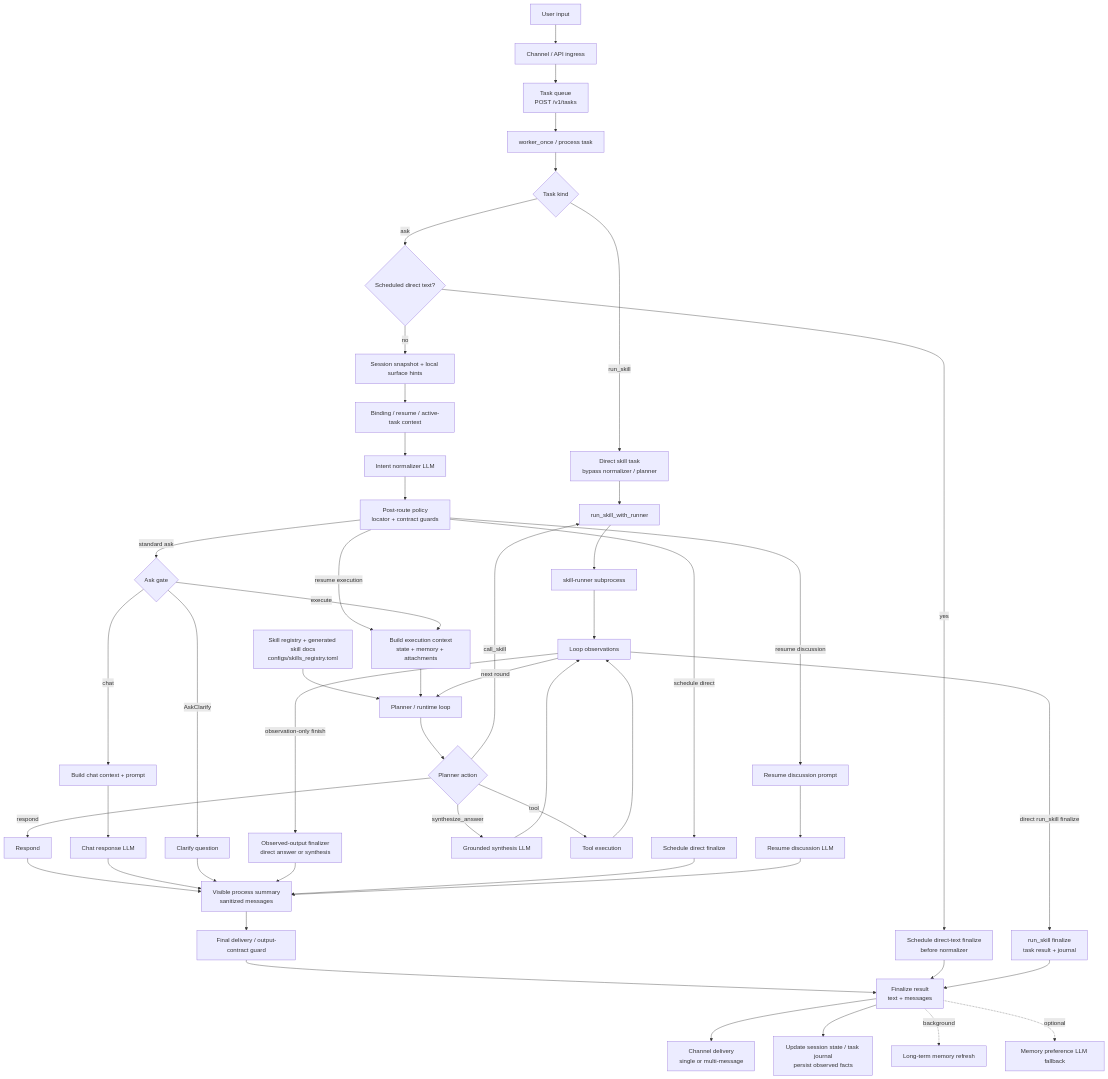
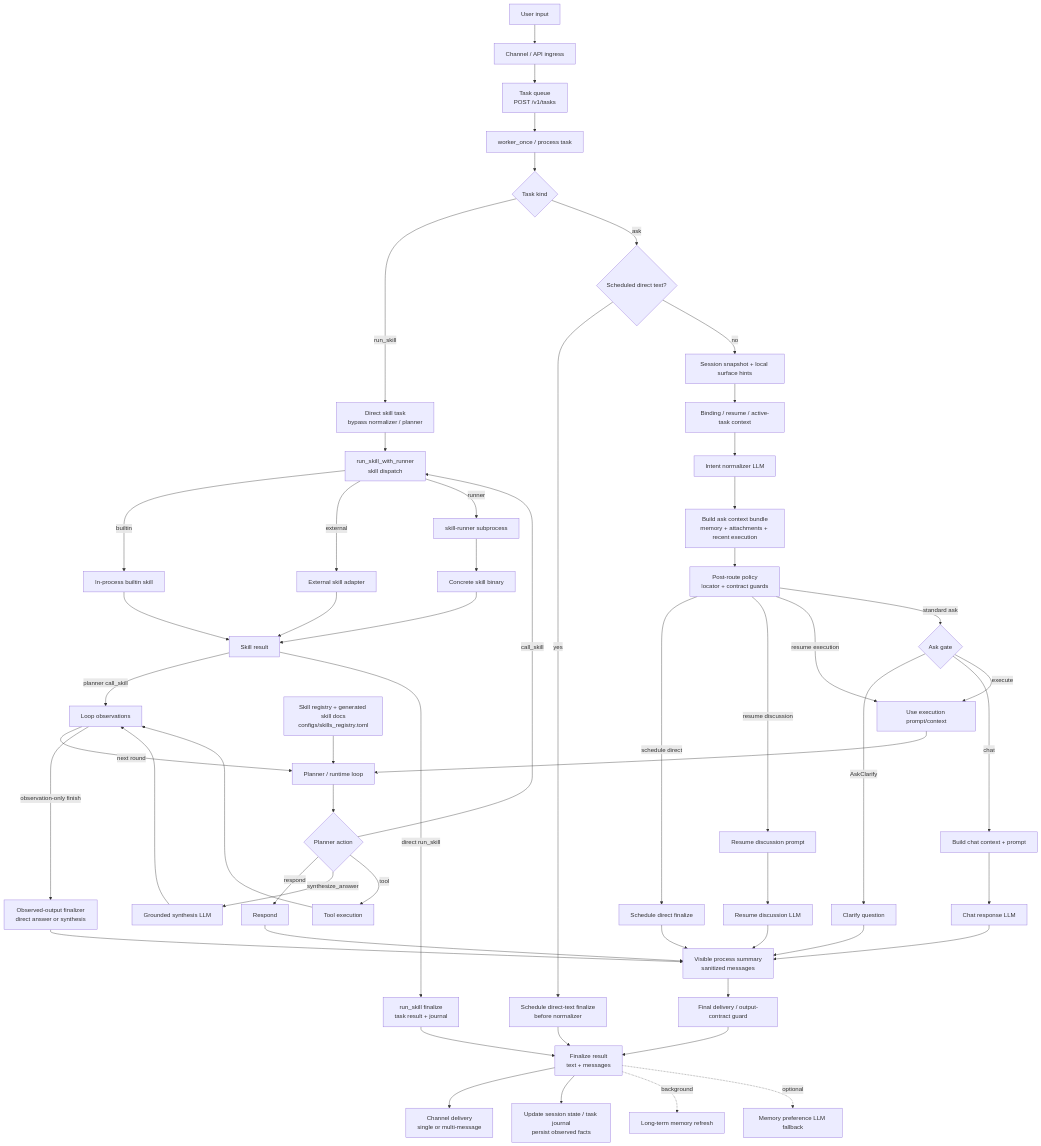
One commit to MatrixCoreX/RustClaw changed the first of 2 diagrams in README.md. Above: the diagram before and after it, drawn with Mermaid. The commit also changed other lines of this file and 1 other file, not shown here.

````diff
--- a/README.md
+++ b/README.md
@@ -28,52 +28,59 @@
 ```mermaid
 flowchart TD
     A[User input] --> B[Channel / API ingress]
     B --> B1[Task queue<br/>POST /v1/tasks]
     B1 --> B2[worker_once / process task]
     B2 --> B3{Task kind}
     B3 -->|run_skill| RS[Direct skill task<br/>bypass normalizer / planner]
     B3 -->|ask| C0{Scheduled direct text?}
     C0 -->|yes| SD0[Schedule direct-text finalize<br/>before normalizer]
     C0 -->|no| C[Session snapshot + local surface hints]
     C --> D[Binding / resume / active-task context]
     D --> E[Intent normalizer LLM]
-    E --> E2[Post-route policy<br/>locator + contract guards]
+    E --> EC[Build ask context bundle<br/>memory + attachments + recent execution]
+    EC --> E2[Post-route policy<br/>locator + contract guards]
     E2 -->|schedule direct| SD[Schedule direct finalize]
     E2 -->|resume discussion| RD[Resume discussion prompt]
     E2 -->|resume execution| H
     E2 -->|standard ask| F{Ask gate}
     F -->|AskClarify| G[Clarify question]
     F -->|chat| CH[Build chat context + prompt]
     CH --> CR[Chat response LLM]
-    F -->|execute| H[Build execution context<br/>state + memory + attachments]
+    F -->|execute| H[Use execution prompt/context]
     SK[Skill registry + generated skill docs<br/>configs/skills_registry.toml] --> I
     H --> I[Planner / runtime loop]
     I --> L{Planner action}
     L -->|respond| M[Respond]
     L -->|synthesize_answer| SS[Grounded synthesis LLM]
     L -->|tool| N[Tool execution]
-    L -->|call_skill| N1[run_skill_with_runner]
+    L -->|call_skill| N1[run_skill_with_runner<br/>skill dispatch]
     RS --> N1
-    N1 --> N2[skill-runner subprocess]
-    N2 --> P
+    N1 -->|builtin| N1B[In-process builtin skill]
+    N1 -->|external| N1E[External skill adapter]
+    N1 -->|runner| N2[skill-runner subprocess]
+    N2 --> N3[Concrete skill binary]
+    N1B --> SR[Skill result]
+    N1E --> SR
+    N3 --> SR
+    SR -->|planner call_skill| P
+    SR -->|direct run_skill| RSK[run_skill finalize<br/>task result + journal]
     N --> P[Loop observations]
     SS --> P
     P -->|next round| I
     P -->|observation-only finish| OF[Observed-output finalizer<br/>direct answer or synthesis]
-    P -->|direct run_skill finalize| RSK[run_skill finalize<br/>task result + journal]
     M --> VP[Visible process summary<br/>sanitized messages]
     CR --> VP
     G --> VP
     OF --> VP
     SD --> VP
     RD --> RDL[Resume discussion LLM]
     RDL --> VP
     VP --> Q[Final delivery / output-contract guard]
     Q --> R[Finalize result<br/>text + messages]
     SD0 --> R
     RSK --> R
     R --> S[Channel delivery<br/>single or multi-message]
     R --> T[Update session state / task journal<br/>persist observed facts]
     R -. background .-> U[Long-term memory refresh]
     R -. optional .-> V[Memory preference LLM fallback]
 ```
````
